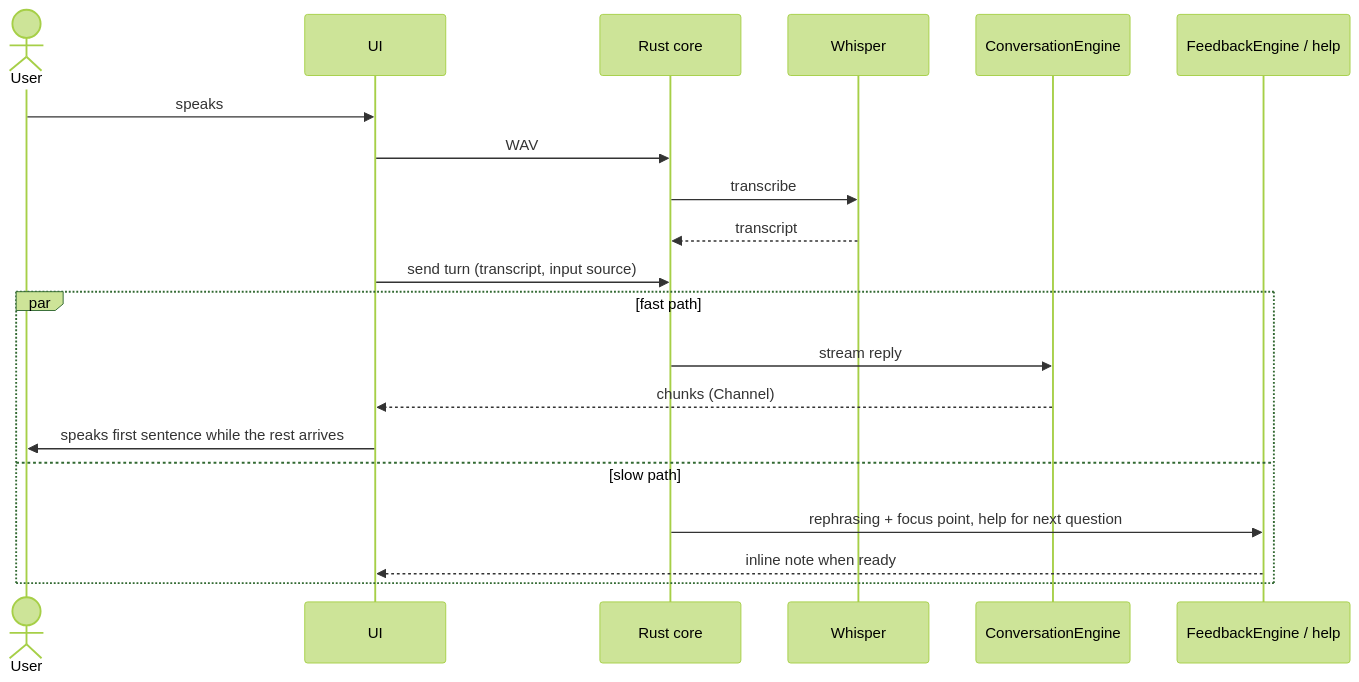
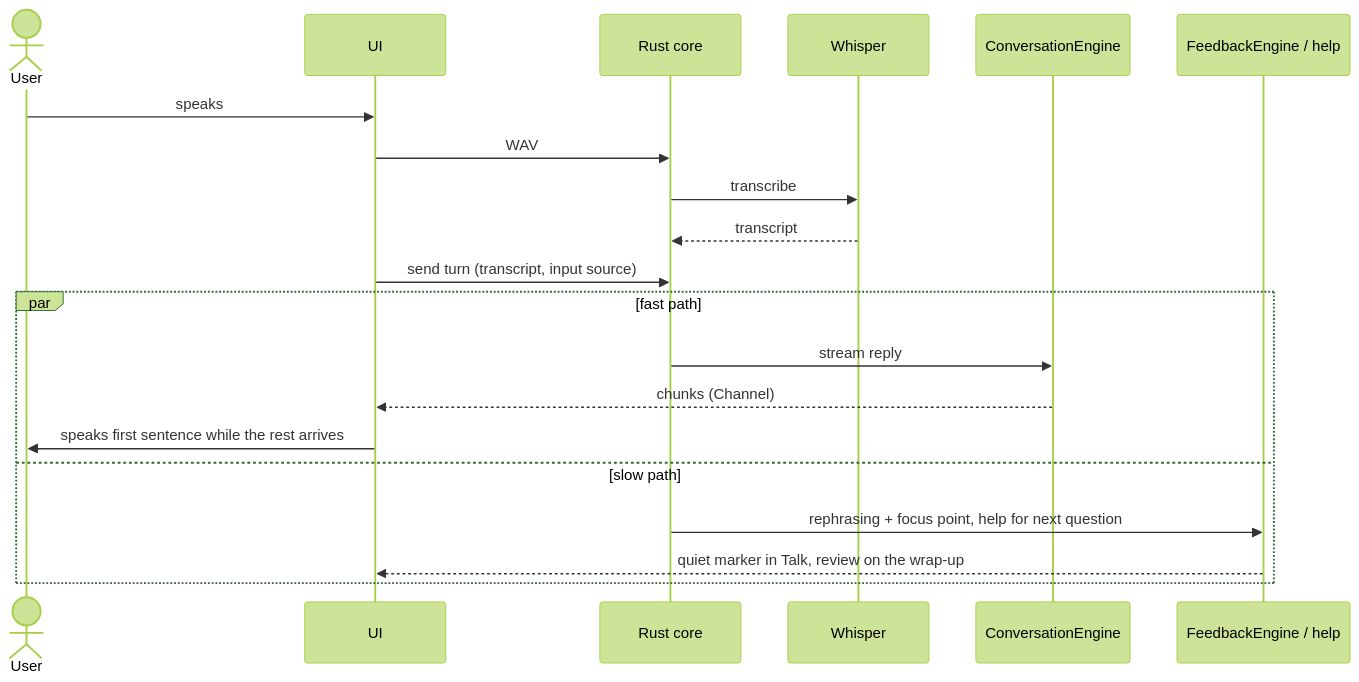
The diagram in docs/ARCHITECTURE.md (oleksii-latyshev/english-trainer), drawn with Mermaid (forest theme) before and after one commit. The commit also changed other lines of this file and 68 other files, not shown here.

First line of the commit message:
feat(coaching): quiet tip marker in Talk and the full answer review on wrap-up (#98)

````diff
--- a/docs/ARCHITECTURE.md
+++ b/docs/ARCHITECTURE.md
@@ -79,23 +79,23 @@
 ```mermaid
 sequenceDiagram
     actor User
     participant UI
     participant Core as Rust core
     participant STT as Whisper
     participant Conv as ConversationEngine
     participant Eval as FeedbackEngine / help
 
     User->>UI: speaks
     UI->>Core: WAV
     Core->>STT: transcribe
     STT-->>Core: transcript
     UI->>Core: send turn (transcript, input source)
     par fast path
         Core->>Conv: stream reply
         Conv-->>UI: chunks (Channel)
         UI->>User: speaks first sentence while the rest arrives
     and slow path
         Core->>Eval: rephrasing + focus point, help for next question
-        Eval-->>UI: inline note when ready
+        Eval-->>UI: quiet marker in Talk, review on the wrap-up
     end
 ```
````
